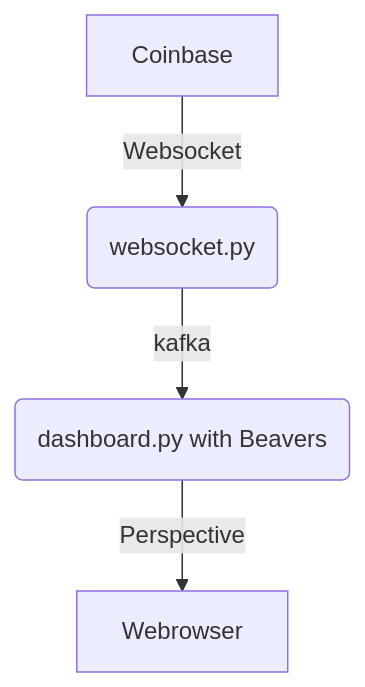
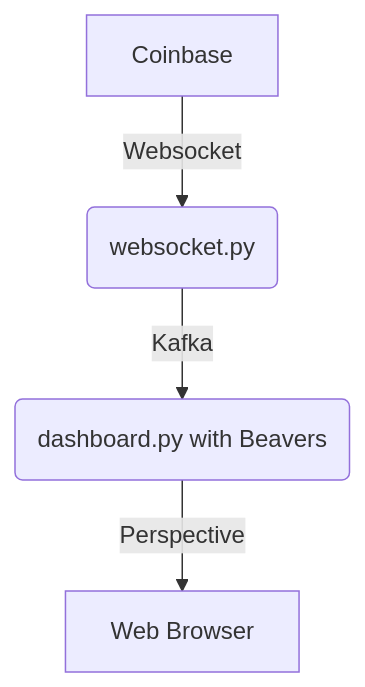
One commit to 0x26res/beavers-examples changed the diagram in 01_coinbase_analytics/README.md. Above: the diagram before and after it, drawn with Mermaid.

Commit message:
Improve chart

````diff
--- a/01_coinbase_analytics/README.md
+++ b/01_coinbase_analytics/README.md
@@ -12,6 +12,6 @@
 ```mermaid
 flowchart TD
-    A[Coinbase] -->|Websocket| B( websocket.py)
-    B -->|kafka| C(dashboard.py with Beavers)
-    C -->|Perspective| D[Webrowser]
+    A[Coinbase] -->|Websocket| B(websocket.py)
+    B -->|Kafka| C(dashboard.py with Beavers)
+    C -->|Perspective| D[Web Browser]
 ```
````
